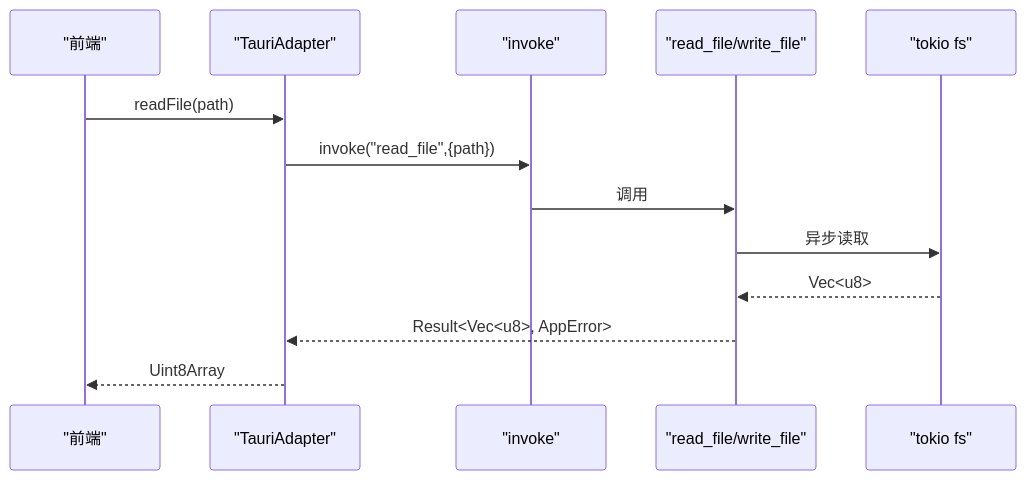
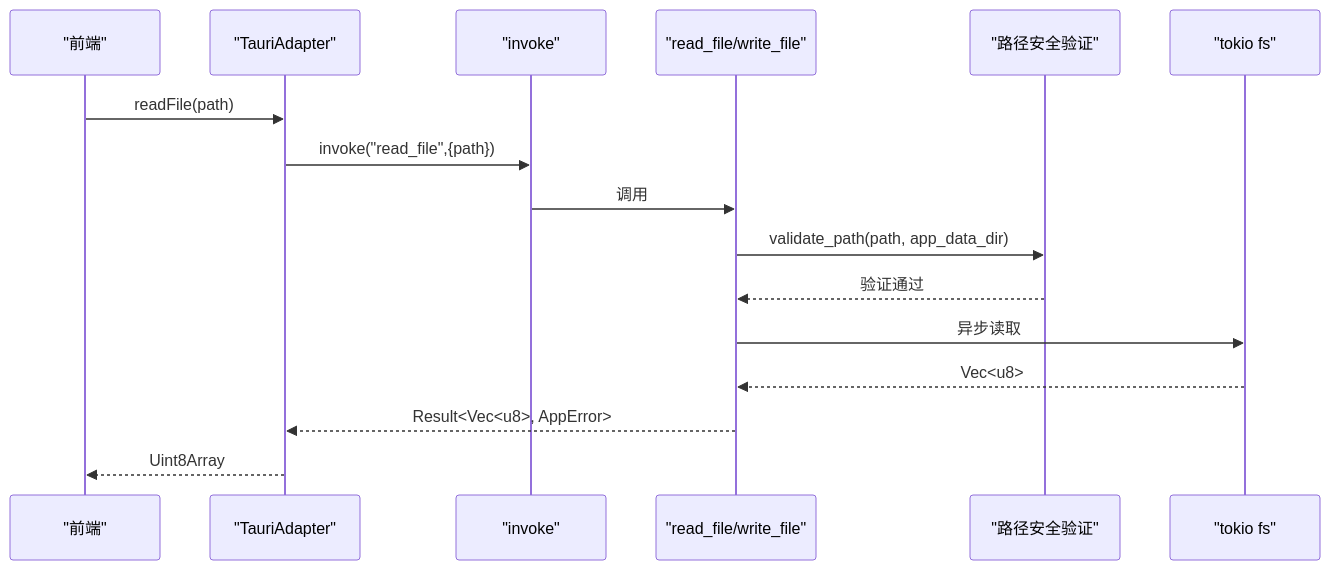
Before and after one commit to taoweidong/Hello-Tauri: the seventh of 12 diagrams in .qoder/repowiki/zh/content/架构设计/前后端通信机制/前后端通信机制.md, drawn with Mermaid. The commit also changed other lines of this file and 119 other files, not shown here.

````diff
--- a/.qoder/repowiki/zh/content/架构设计/前后端通信机制/前后端通信机制.md
+++ b/.qoder/repowiki/zh/content/架构设计/前后端通信机制/前后端通信机制.md
@@ -311,15 +345,18 @@
 ```mermaid
 sequenceDiagram
 participant FE as "前端"
 participant TA as "TauriAdapter"
 participant INV as "invoke"
 participant CMD as "read_file/write_file"
+participant SEC as "路径安全验证"
 participant FS as "tokio fs"
 FE->>TA : readFile(path)
 TA->>INV : invoke("read_file",{path})
 INV->>CMD : 调用
+CMD->>SEC : validate_path(path, app_data_dir)
+SEC-->>CMD : 验证通过
 CMD->>FS : 异步读取
 FS-->>CMD : Vec<u8>
 CMD-->>TA : Result<Vec<u8>, AppError>
 TA-->>FE : Uint8Array
 ```
````
